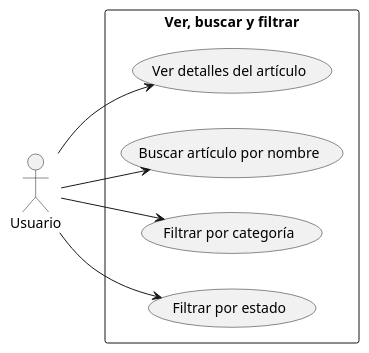
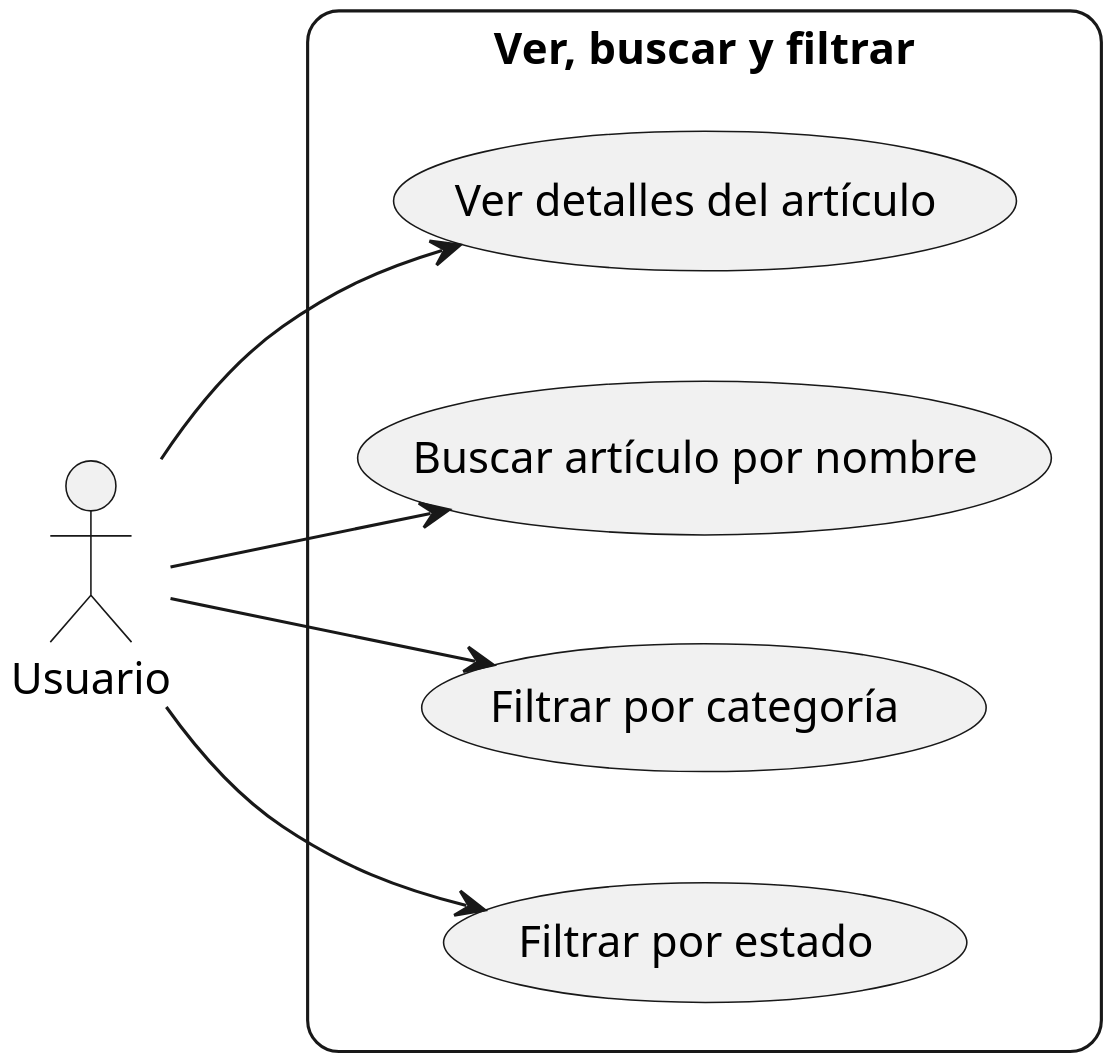
Before and after one commit to vfred0/unimart-requirements: the diagram in docs/es/1-requeriments/1-actors-use-cases/content-interaction/view-search-filter.puml, drawn with PlantUML. The commit also changed 29 other files, not shown here.

Commit message:
Added diagrams

```diff
--- a/docs/es/1-requeriments/1-actors-use-cases/content-interaction/view-search-filter.puml
+++ b/docs/es/1-requeriments/1-actors-use-cases/content-interaction/view-search-filter.puml
@@ -1,11 +1,13 @@
 @startuml view-search-filter
 left to right direction
+skinparam roundcorner 20
+skinparam Dpi 300
 actor Usuario
 
 rectangle "Ver, buscar y filtrar" {   
     Usuario --> (Ver detalles del artículo)
     Usuario --> (Buscar artículo por nombre)
     Usuario --> (Filtrar por categoría)
     Usuario --> (Filtrar por estado)
 }
 @enduml
```
